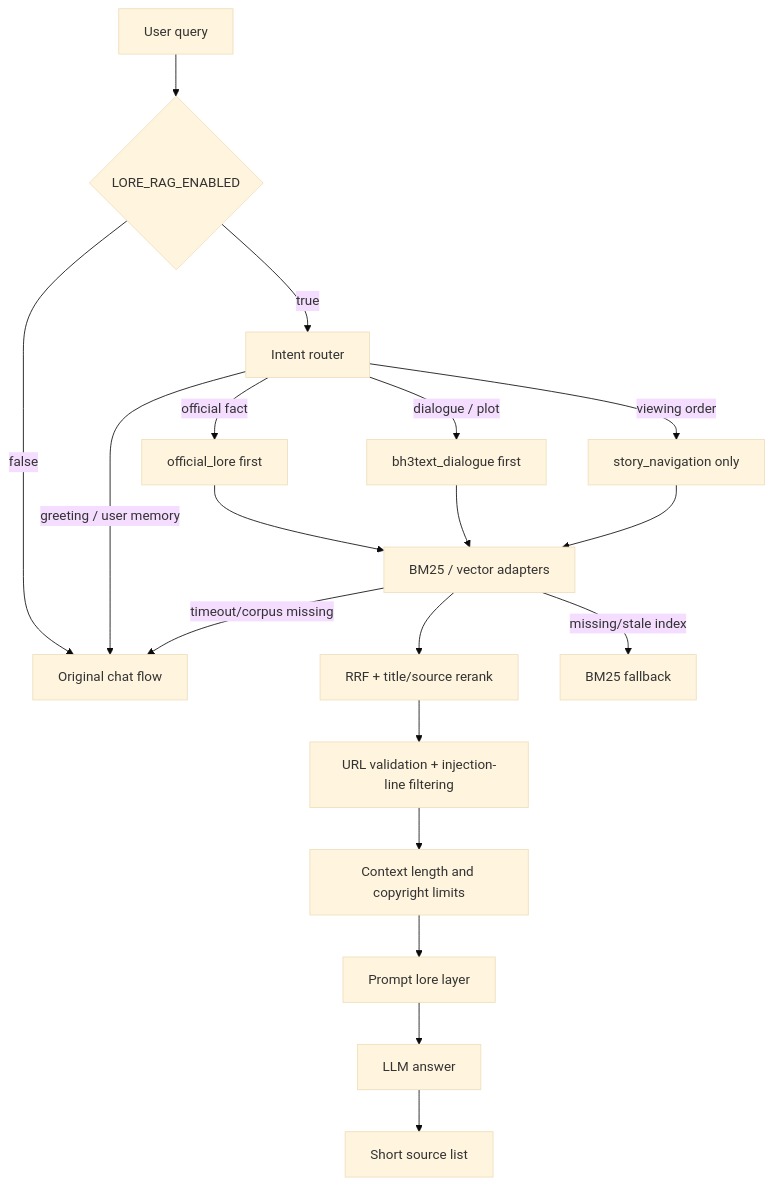
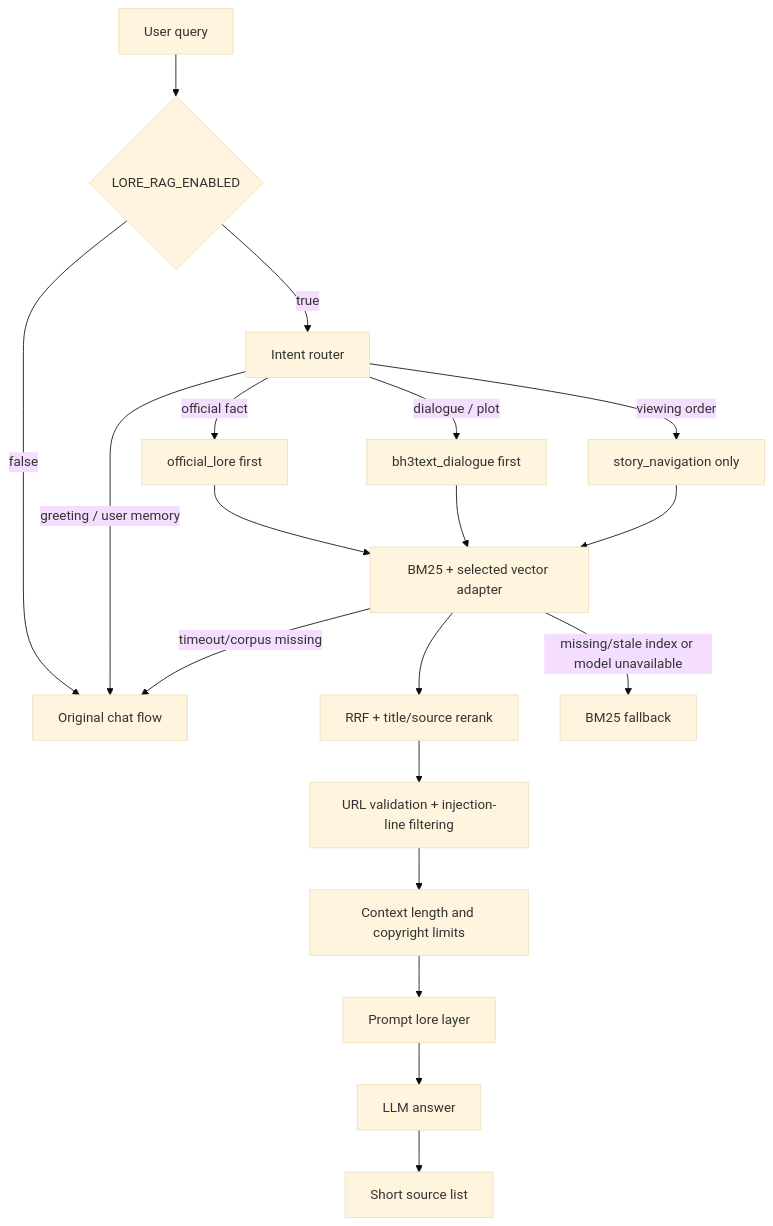
One commit to cccc-clt/elysia-ai-character-agent changed the diagram in docs/architecture/LORE_RAG_ARCHITECTURE.md. Above: the diagram before and after it, drawn with Mermaid (base theme). The commit also changed other lines of this file and 10 other files, not shown here.

````diff
--- a/docs/architecture/LORE_RAG_ARCHITECTURE.md
+++ b/docs/architecture/LORE_RAG_ARCHITECTURE.md
@@ -21,21 +22,21 @@
 ```mermaid
 flowchart TD
     Q[User query] --> F{LORE_RAG_ENABLED}
     F -->|false| C[Original chat flow]
     F -->|true| R[Intent router]
     R -->|greeting / user memory| C
     R -->|official fact| O[official_lore first]
     R -->|dialogue / plot| B[bh3text_dialogue first]
     R -->|viewing order| N[story_navigation only]
-    O --> X[BM25 / vector adapters]
+    O --> X[BM25 + selected vector adapter]
     B --> X
     N --> X
     X --> H[RRF + title/source rerank]
     H --> S[URL validation + injection-line filtering]
     S --> L[Context length and copyright limits]
     L --> P[Prompt lore layer]
     P --> A[LLM answer]
     A --> U[Short source list]
-    X -->|missing/stale index| M[BM25 fallback]
+    X -->|missing/stale index or model unavailable| M[BM25 fallback]
     X -->|timeout/corpus missing| C
 ```
````
